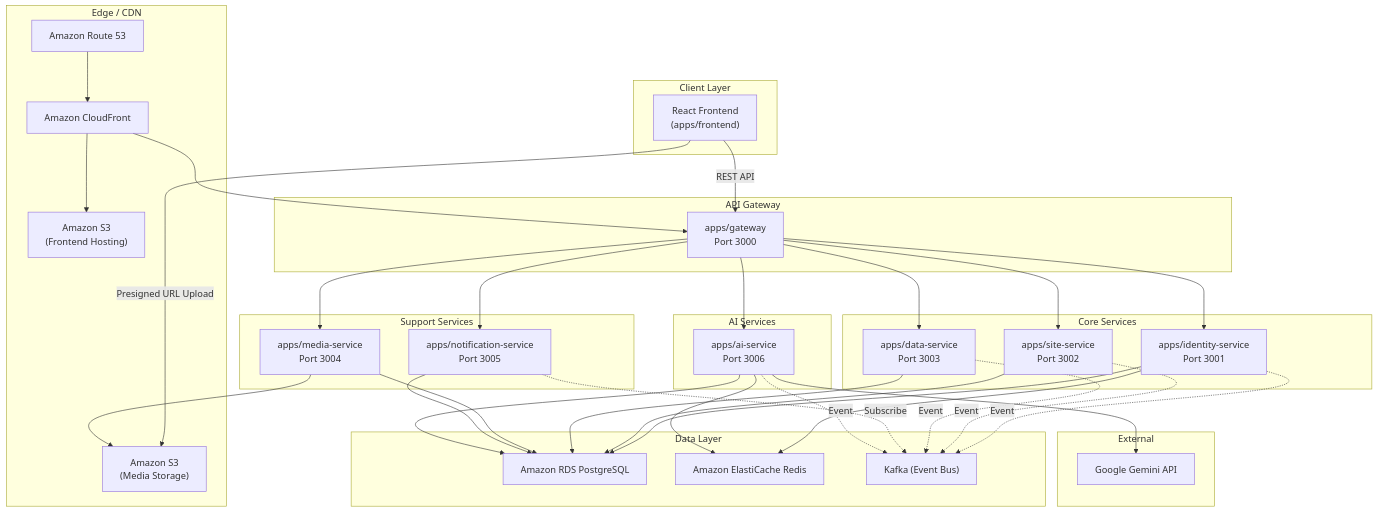
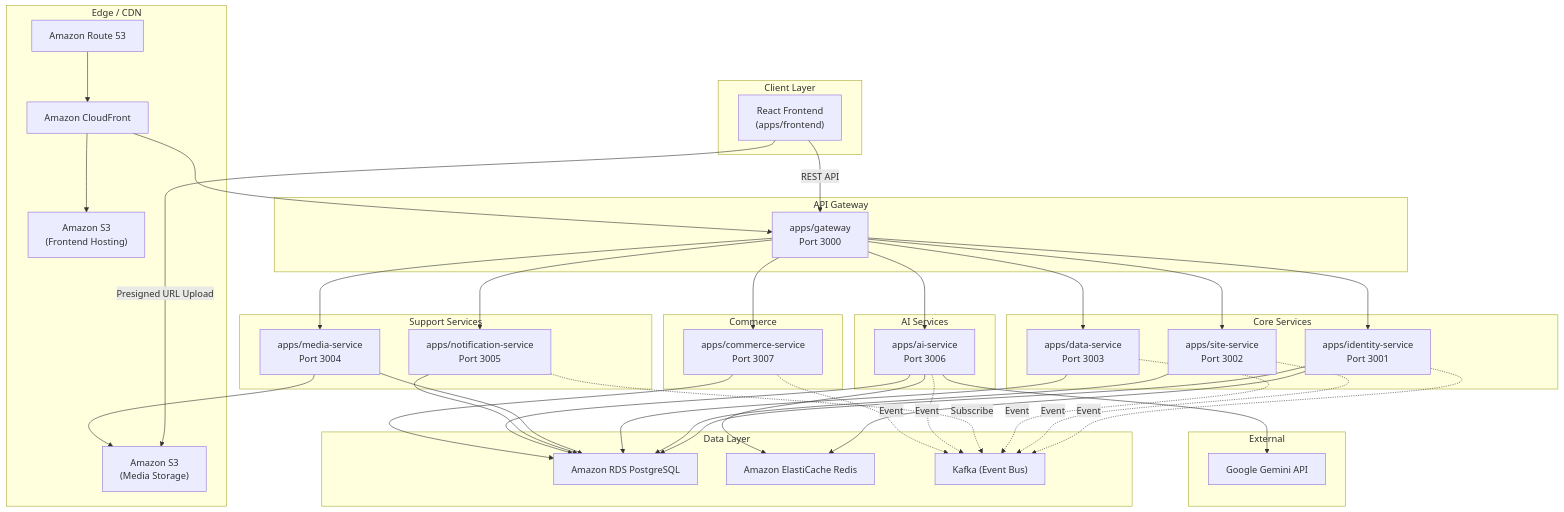
Before and after one commit to KrisCTer/Genzite: the diagram in .ai/01-architecture.md, drawn with Mermaid. The commit also changed other lines of this file and 86 other files, not shown here.

First line of the commit message:
Feat/epic ecommerce architecture (#21)

````diff
--- a/.ai/01-architecture.md
+++ b/.ai/01-architecture.md
@@ -9,68 +9,75 @@
 ```mermaid
 graph TB
     subgraph "Client Layer"
         FE["React Frontend<br/>(apps/frontend)"]
     end
 
     subgraph "Edge / CDN"
         R53["Amazon Route 53"]
         CF["Amazon CloudFront"]
         S3_FE["Amazon S3<br/>(Frontend Hosting)"]
         S3_MEDIA["Amazon S3<br/>(Media Storage)"]
     end
 
     subgraph "API Gateway"
         GW["apps/gateway<br/>Port 3000"]
     end
 
     subgraph "Core Services"
         IDENTITY["apps/identity-service<br/>Port 3001"]
         SITE["apps/site-service<br/>Port 3002"]
         DATA["apps/data-service<br/>Port 3003"]
     end
 
     subgraph "Support Services"
         MEDIA["apps/media-service<br/>Port 3004"]
         NOTIFICATION["apps/notification-service<br/>Port 3005"]
     end
 
     subgraph "AI Services"
         AI["apps/ai-service<br/>Port 3006"]
     end
 
+    subgraph "Commerce"
+        COMMERCE["apps/commerce-service<br/>Port 3007"]
+    end
+
     subgraph "Data Layer"
         RDS["Amazon RDS PostgreSQL"]
         REDIS["Amazon ElastiCache Redis"]
         KAFKA["Kafka (Event Bus)"]
     end
 
     subgraph "External"
         GEMINI["Google Gemini API"]
     end
 
     R53 --> CF --> S3_FE
     CF --> GW
     FE -->|"REST API"| GW
     FE -->|"Presigned URL Upload"| S3_MEDIA
     GW --> IDENTITY
     GW --> SITE
     GW --> DATA
     GW --> MEDIA
     GW --> NOTIFICATION
     GW --> AI
+    GW --> COMMERCE
     IDENTITY --> RDS
     SITE --> RDS
     DATA --> RDS
     MEDIA --> RDS
     MEDIA --> S3_MEDIA
     NOTIFICATION --> RDS
     AI --> RDS
+    COMMERCE --> RDS
     AI --> GEMINI
     IDENTITY -.->|Event| KAFKA
     SITE -.->|Event| KAFKA
     DATA -.->|Event| KAFKA
     NOTIFICATION -.->|Subscribe| KAFKA
     AI -.->|Event| KAFKA
+    COMMERCE -.->|Event| KAFKA
     IDENTITY --> REDIS
     AI --> REDIS
 ```
````
